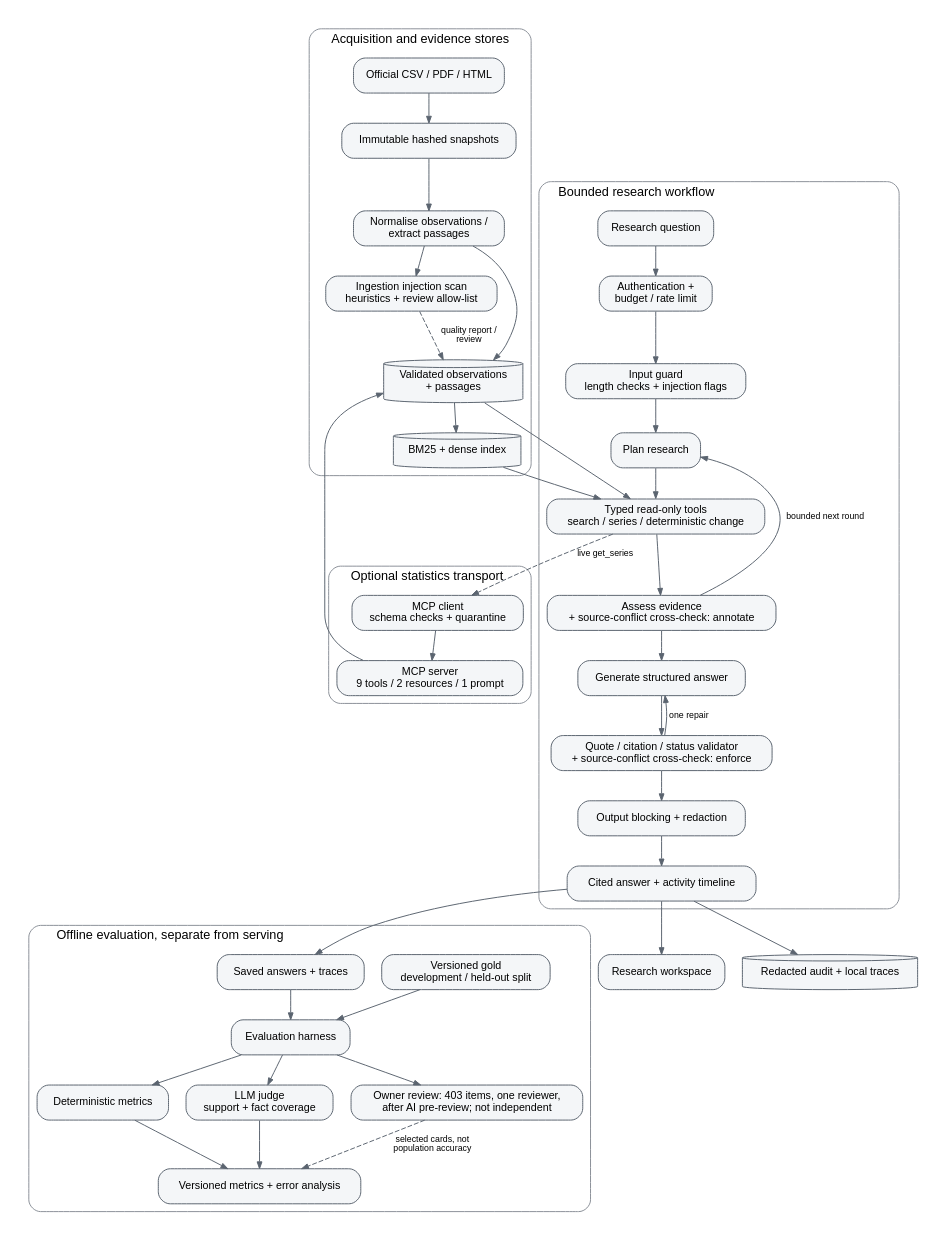
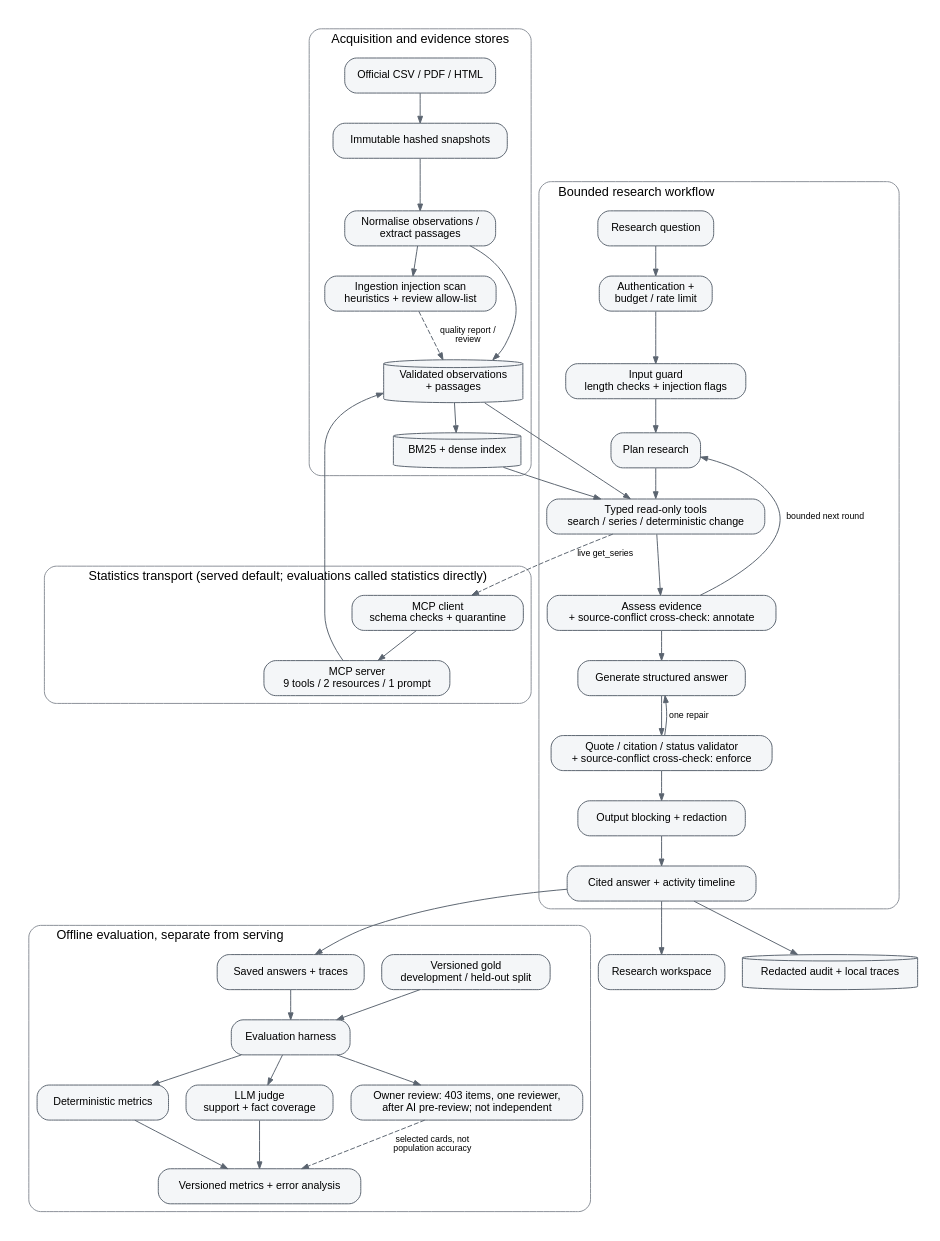
One commit to mihirkhandekar/labourlens changed the diagram in docs/img/architecture.dot. Above: the diagram before and after it, drawn with Graphviz. The commit also changed 17 other files, not shown here.

Commit message:
Share-ready fixes: lint, flaky timeouts, CI on master, README, matrix, diagram, mcp-demo output path

```diff
--- a/docs/img/architecture.dot
+++ b/docs/img/architecture.dot
@@ -1,57 +1,57 @@
 // Source of docs/img/architecture.svg. Same content as the Mermaid diagram in docs/architecture.md section 2.
 // Render: dot -Tsvg docs/img/architecture.dot -o docs/img/architecture.svg
 digraph labourlens {
   rankdir=TB; compound=true; newrank=true; nodesep=0.25; ranksep=0.4;
   graph [fontname="Helvetica", fontsize=13, labeljust=l, style="rounded", color="#8a8f98", bgcolor="white", pad=0.2];
   node  [fontname="Helvetica", fontsize=11, shape=box, style="rounded,filled", fillcolor="#f4f6f8", color="#5b6470"];
   edge  [fontname="Helvetica", fontsize=9, color="#5b6470", arrowsize=0.7];
 
   subgraph cluster_data { label="Acquisition and evidence stores";
     SOURCE [label="Official CSV / PDF / HTML"];
     SNAP   [label="Immutable hashed snapshots"];
     PARSE  [label="Normalise observations /\nextract passages"];
     SCAN   [label="Ingestion injection scan\nheuristics + review allow-list"];
     STORE  [label="Validated observations\n+ passages", shape=cylinder];
     INDEX  [label="BM25 + dense index", shape=cylinder];
     SOURCE -> SNAP -> PARSE; PARSE -> SCAN; PARSE -> STORE -> INDEX;
     SCAN -> STORE [style=dashed, label="quality report /\nreview"];
   }
   subgraph cluster_runtime { label="Bounded research workflow";
     USER   [label="Research question"];
     ADMIT  [label="Authentication +\nbudget / rate limit"];
     INPUT  [label="Input guard\nlength checks + injection flags"];
     PLAN   [label="Plan research"];
     TOOLS  [label="Typed read-only tools\nsearch / series / deterministic change"];
     ASSESS [label="Assess evidence\n+ source-conflict cross-check: annotate"];
     ANSWER [label="Generate structured answer"];
     VALID  [label="Quote / citation / status validator\n+ source-conflict cross-check: enforce"];
     REDACT [label="Output blocking + redaction"];
     OUT    [label="Cited answer + activity timeline"];
     USER -> ADMIT -> INPUT -> PLAN -> TOOLS -> ASSESS -> ANSWER -> VALID -> REDACT -> OUT;
     ASSESS -> PLAN   [label="bounded next round", constraint=false];
     VALID  -> ANSWER [label="one repair", constraint=false];
   }
-  subgraph cluster_mcp { label="Optional statistics transport";
+  subgraph cluster_mcp { label="Statistics transport (served default; evaluations called statistics directly)";
     CLIENT [label="MCP client\nschema checks + quarantine"];
     SERVER [label="MCP server\n9 tools / 2 resources / 1 prompt"];
     CLIENT -> SERVER;
   }
   subgraph cluster_eval { label="Offline evaluation, separate from serving";
     GOLD    [label="Versioned gold\ndevelopment / held-out split"];
     RUNS    [label="Saved answers + traces"];
     HARNESS [label="Evaluation harness"];
     DETER   [label="Deterministic metrics"];
     JUDGE   [label="LLM judge\nsupport + fact coverage"];
     HUMAN   [label="Owner review: 403 items, one reviewer,\nafter AI pre-review; not independent"];
     REPORT  [label="Versioned metrics + error analysis"];
     GOLD -> HARNESS; RUNS -> HARNESS; HARNESS -> DETER -> REPORT; HARNESS -> JUDGE -> REPORT;
     HARNESS -> HUMAN; HUMAN -> REPORT [style=dashed, label="selected cards, not\npopulation accuracy"];
   }
   WEB   [label="Research workspace"];
   AUDIT [label="Redacted audit + local traces", shape=cylinder];
 
   INDEX -> TOOLS; STORE -> TOOLS;
   TOOLS -> CLIENT [style=dashed, label="live get_series"];
   SERVER -> STORE;
   OUT -> RUNS; OUT -> WEB; OUT -> AUDIT;
 }
```
